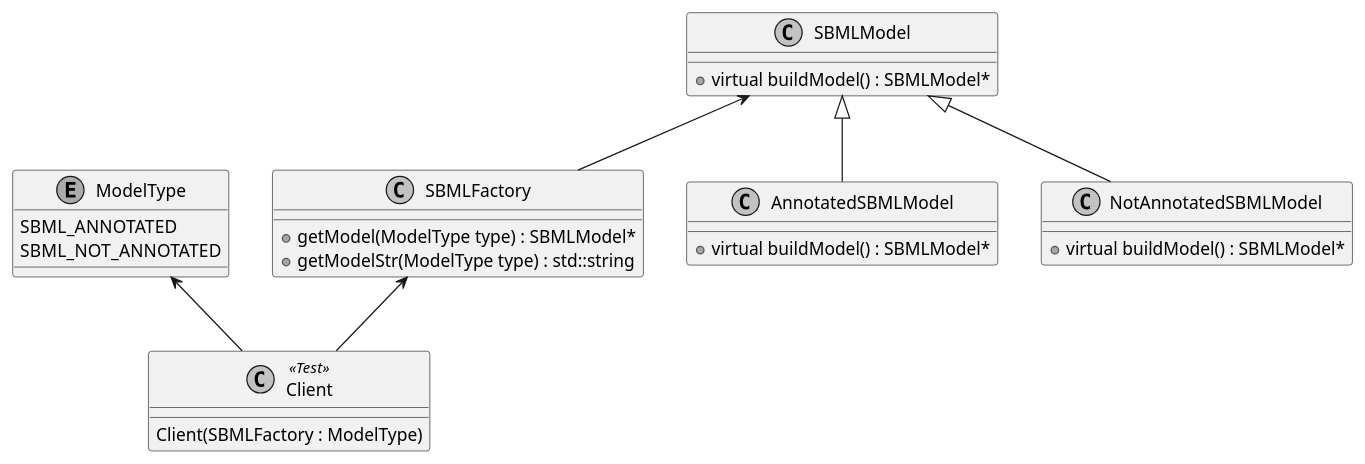
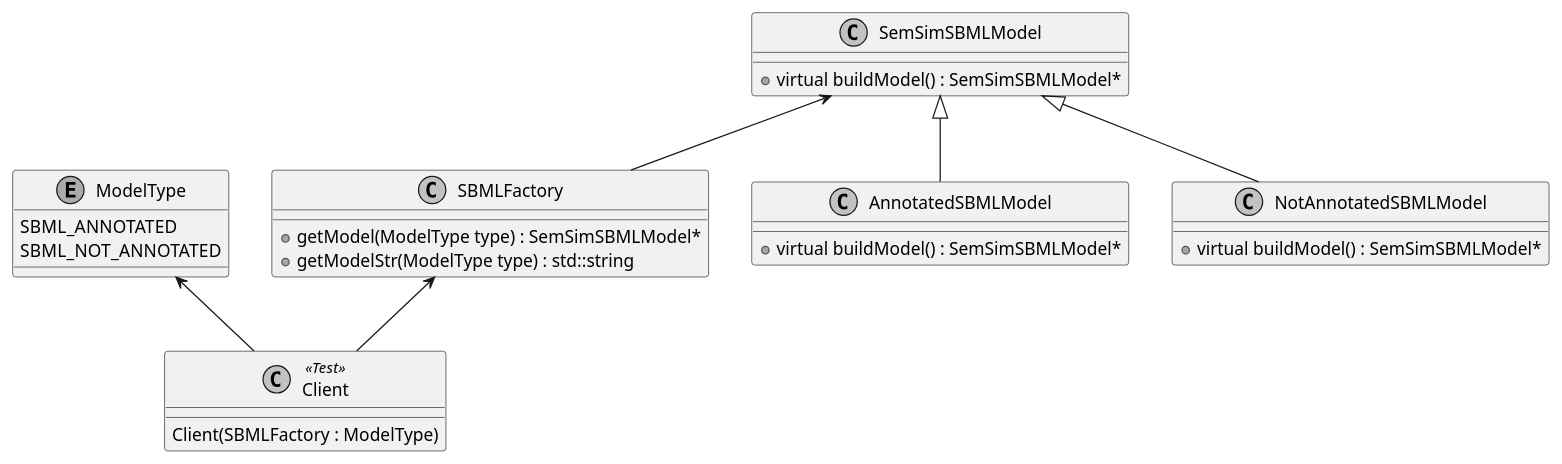
Before and after one commit to sys-bio/libOmexMeta: the diagram in Design/test_model_factory_design.puml, drawn with PlantUML. The commit also changed 51 other files, not shown here.

```diff
--- a/Design/test_model_factory_design.puml
+++ b/Design/test_model_factory_design.puml
@@ -1,48 +1,48 @@
 @startuml
 skinparam monochrome true
 
 enum ModelType {
     SBML_ANNOTATED
     SBML_NOT_ANNOTATED
 }
 
 class SBMLFactory {
-    + getModel(ModelType type) : SBMLModel*
+    + getModel(ModelType type) : SemSimSBMLModel*
     + getModelStr(ModelType type) : std::string
 }
 
-class SBMLModel{
-    + virtual buildModel() : SBMLModel*
+class SemSimSBMLModel{
+    + virtual buildModel() : SemSimSBMLModel*
 }
 
 class AnnotatedSBMLModel {
-    + virtual buildModel() : SBMLModel*
+    + virtual buildModel() : SemSimSBMLModel*
 }
 
 class NotAnnotatedSBMLModel {
-    + virtual buildModel() : SBMLModel*
+    + virtual buildModel() : SemSimSBMLModel*
 }
 
-SBMLModel <|-- NotAnnotatedSBMLModel
-SBMLModel <|-- AnnotatedSBMLModel
+SemSimSBMLModel <|-- NotAnnotatedSBMLModel
+SemSimSBMLModel <|-- AnnotatedSBMLModel
 
 
 class Client <<Test>>{
     Client(SBMLFactory : ModelType)
 }
 
 SBMLFactory <-- Client
 ModelType <-- Client
-SBMLModel <-- SBMLFactory
+SemSimSBMLModel <-- SBMLFactory
 
 
 
 
 
 
 
 
 
 
 
 @enduml
```
